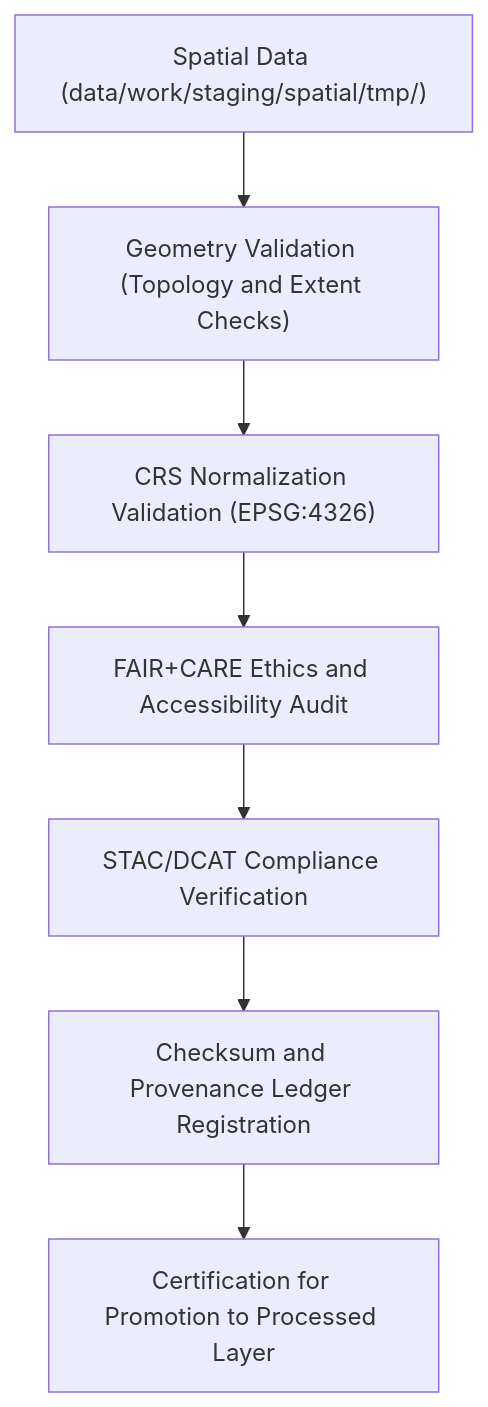
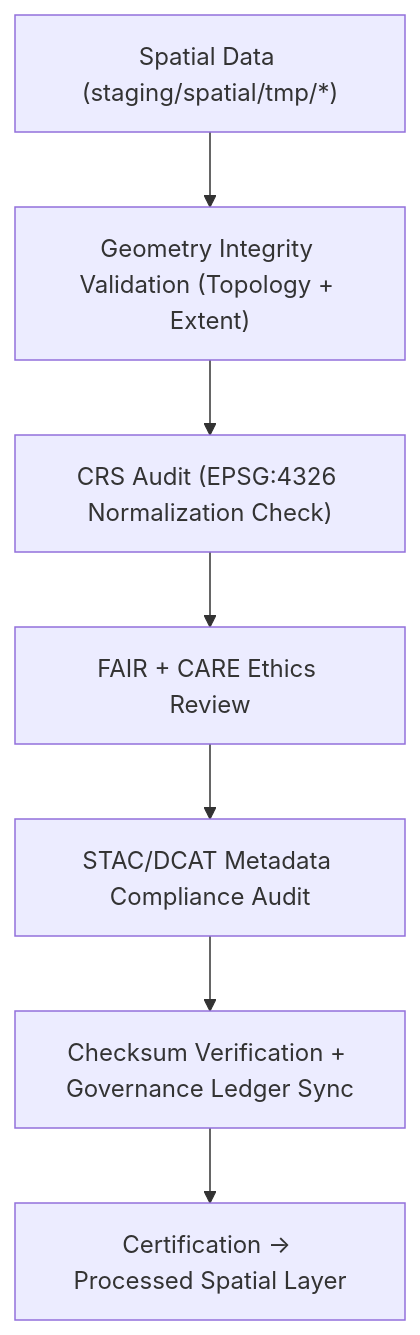
Before and after one commit to bartytime4life/Kansas-Frontier-Matrix: the diagram in data/work/staging/spatial/validation/README.md, drawn with Mermaid. The commit also changed other lines of this file, not shown here.

````diff
--- a/data/work/staging/spatial/validation/README.md
+++ b/data/work/staging/spatial/validation/README.md
@@ -63,9 +66,9 @@
 ```mermaid
 flowchart TD
-    A["Spatial Data (data/work/staging/spatial/tmp/)"] --> B["Geometry Validation (Topology and Extent Checks)"]
-    B --> C["CRS Normalization Validation (EPSG:4326)"]
-    C --> D["FAIR+CARE Ethics and Accessibility Audit"]
-    D --> E["STAC/DCAT Compliance Verification"]
-    E --> F["Checksum and Provenance Ledger Registration"]
-    F --> G["Certification for Promotion to Processed Layer"]
+    A["Spatial Data (staging/spatial/tmp/*)"] --> B["Geometry Integrity Validation (Topology + Extent)"]
+    B --> C["CRS Audit (EPSG:4326 Normalization Check)"]
+    C --> D["FAIR + CARE Ethics Review"]
+    D --> E["STAC/DCAT Metadata Compliance Audit"]
+    E --> F["Checksum Verification + Governance Ledger Sync"]
+    F --> G["Certification → Processed Spatial Layer"]
 ```
````
